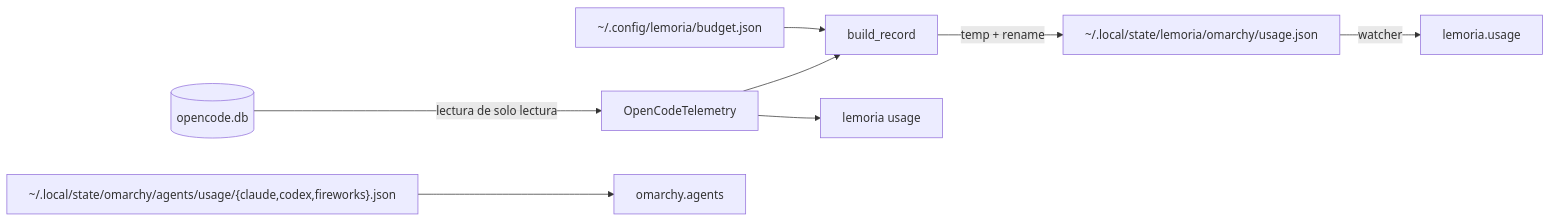
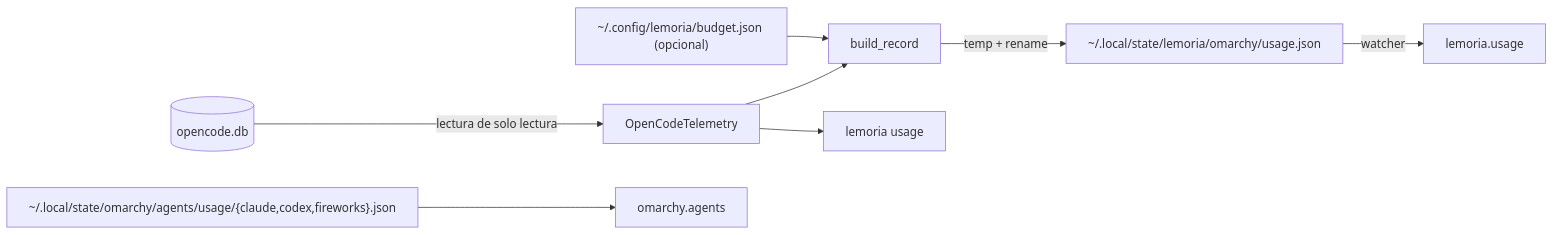
One commit to devcristianlopez/lemoria changed the diagram in docs/AGENT-MANAGEMENT.md. Above: the diagram before and after it, drawn with Mermaid. The commit also changed other lines of this file and 6 other files, not shown here.

````diff
--- a/docs/AGENT-MANAGEMENT.md
+++ b/docs/AGENT-MANAGEMENT.md
@@ -244,10 +244,10 @@
 ```mermaid
 flowchart LR
   OC[("opencode.db")] -->|lectura de solo lectura| TEL[OpenCodeTelemetry]
-  BUD["~/.config/lemoria/budget.json"] --> REC[build_record]
+  BUD["~/.config/lemoria/budget.json (opcional)"] --> REC[build_record]
   TEL --> REC
   REC -->|temp + rename| DIR["~/.local/state/lemoria/omarchy/usage.json"]
   DIR -->|watcher| NEW[lemoria.usage]
   NATIVE["~/.local/state/omarchy/agents/usage/{claude,codex,fireworks}.json"] --> OLD[omarchy.agents]
   TEL --> CLI[lemoria usage]
 ```
````
